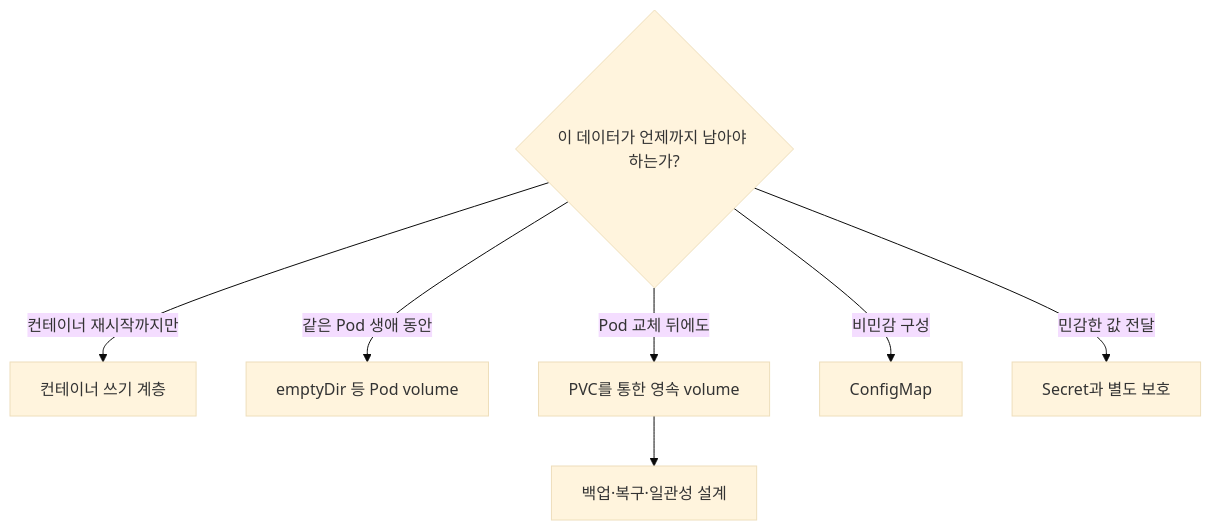
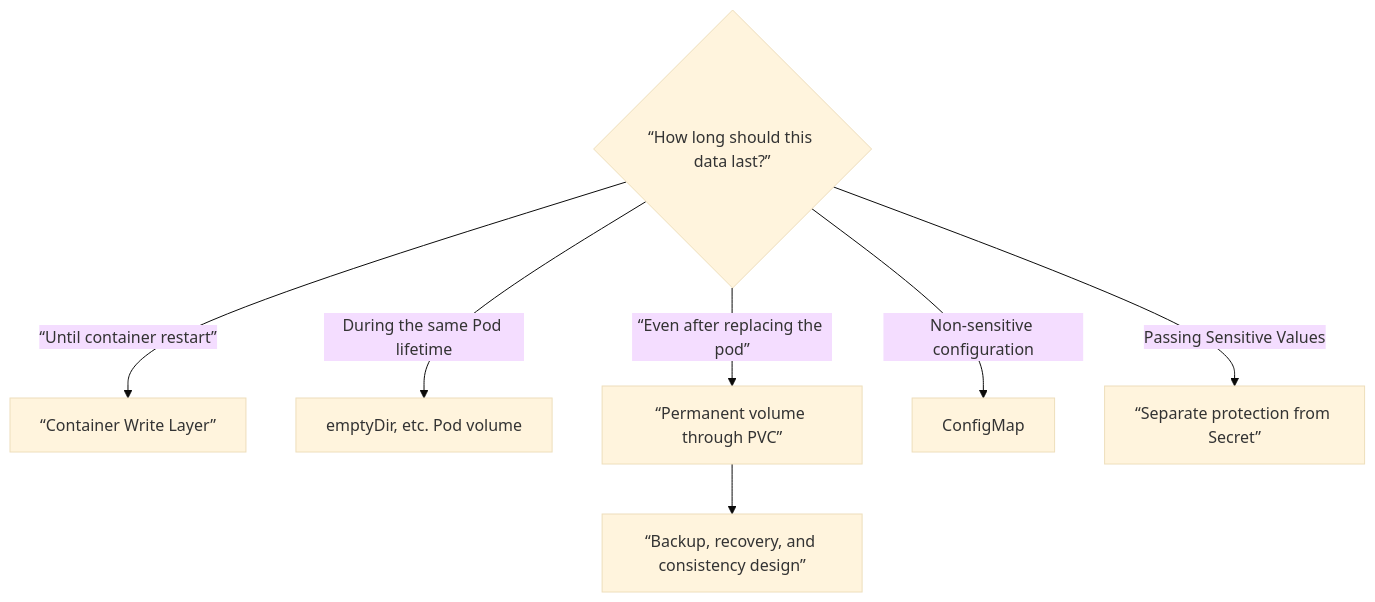
Before and after one commit to nohdol97/nohdol-study: the first of 2 diagrams in docs-site/content/kubernetes/06-storage-and-configuration.md, drawn with Mermaid (base theme). The commit also changed other lines of this file and 116 other files, not shown here.

````diff
--- a/docs-site/content/kubernetes/06-storage-and-configuration.md
+++ b/docs-site/content/kubernetes/06-storage-and-configuration.md
@@ -7,10 +7,10 @@
 ```mermaid
 flowchart TD
-    Q{"이 데이터가 언제까지 남아야 하는가?"}
-    Q -->|"컨테이너 재시작까지만"| C["컨테이너 쓰기 계층"]
-    Q -->|"같은 Pod 생애 동안"| E["emptyDir 등 Pod volume"]
-    Q -->|"Pod 교체 뒤에도"| V["PVC를 통한 영속 volume"]
-    Q -->|"비민감 구성"| M["ConfigMap"]
-    Q -->|"민감한 값 전달"| S["Secret과 별도 보호"]
-    V --> B["백업·복구·일관성 설계"]
+    Q{“How long should this data last?”}
+    Q -->|“Until container restart”| C[“Container Write Layer”]
+    Q -->|"During the same Pod lifetime"| E["emptyDir, etc. Pod volume"]
+    Q -->|“Even after replacing the pod”| V[“Permanent volume through PVC”]
+    Q -->|"Non-sensitive configuration"| M["ConfigMap"]
+    Q -->|"Passing Sensitive Values"| S[“Separate protection from Secret”]
+    V --> B[“Backup, recovery, and consistency design”]
 ```
````
